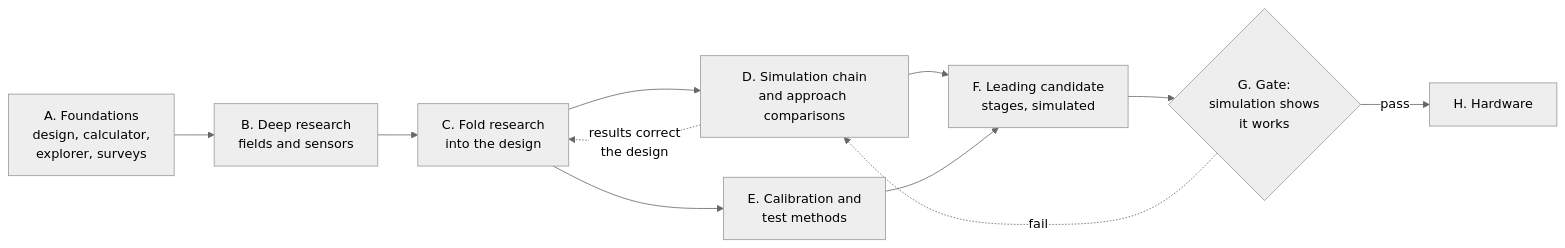
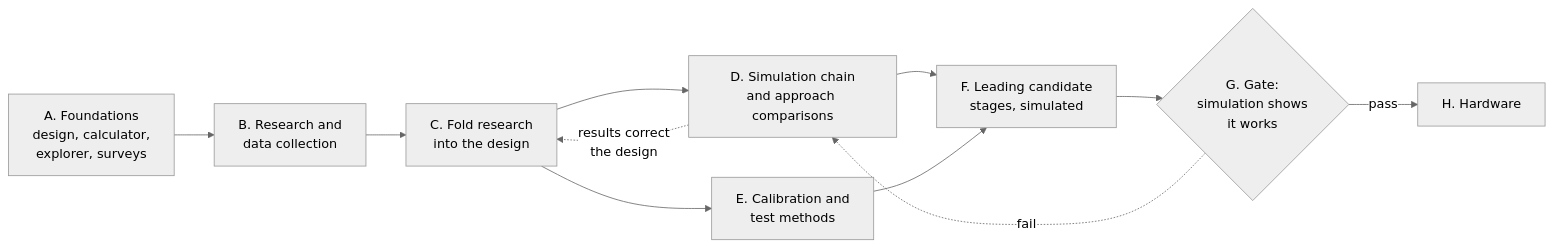
The diagram in docs/plan.md (mithro/ccd-superres), drawn with Mermaid (neutral theme) before and after one commit. The commit also changed other lines of this file and 1 other file, not shown here.

First line of the commit message:
Add a data collection phase with specific items to the plan

````diff
--- a/docs/plan.md
+++ b/docs/plan.md
@@ -30,16 +30,16 @@
 ```mermaid
 flowchart LR
     A["A. Foundations<br/>design, calculator,<br/>explorer, surveys"]
-    B["B. Deep research<br/>fields and sensors"]
+    B["B. Research and<br/>data collection"]
     C["C. Fold research<br/>into the design"]
     D["D. Simulation chain<br/>and approach comparisons"]
     E["E. Calibration and<br/>test methods"]
     F["F. Leading candidate<br/>stages, simulated"]
     G{"G. Gate:<br/>simulation shows<br/>it works"}
     H["H. Hardware"]
     A --> B --> C --> D --> F --> G
     C --> E --> F
     D -.->|"results correct<br/>the design"| C
     G -->|"pass"| H
     G -.->|"fail"| D
 ```
````
